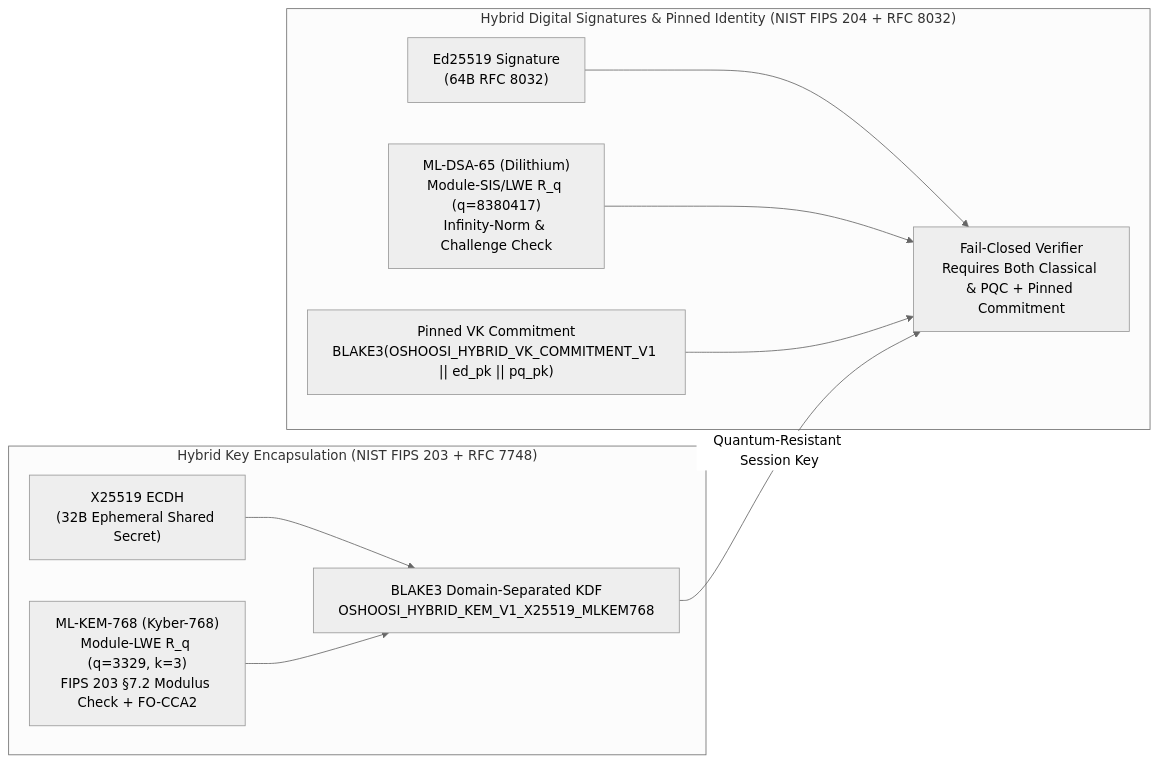
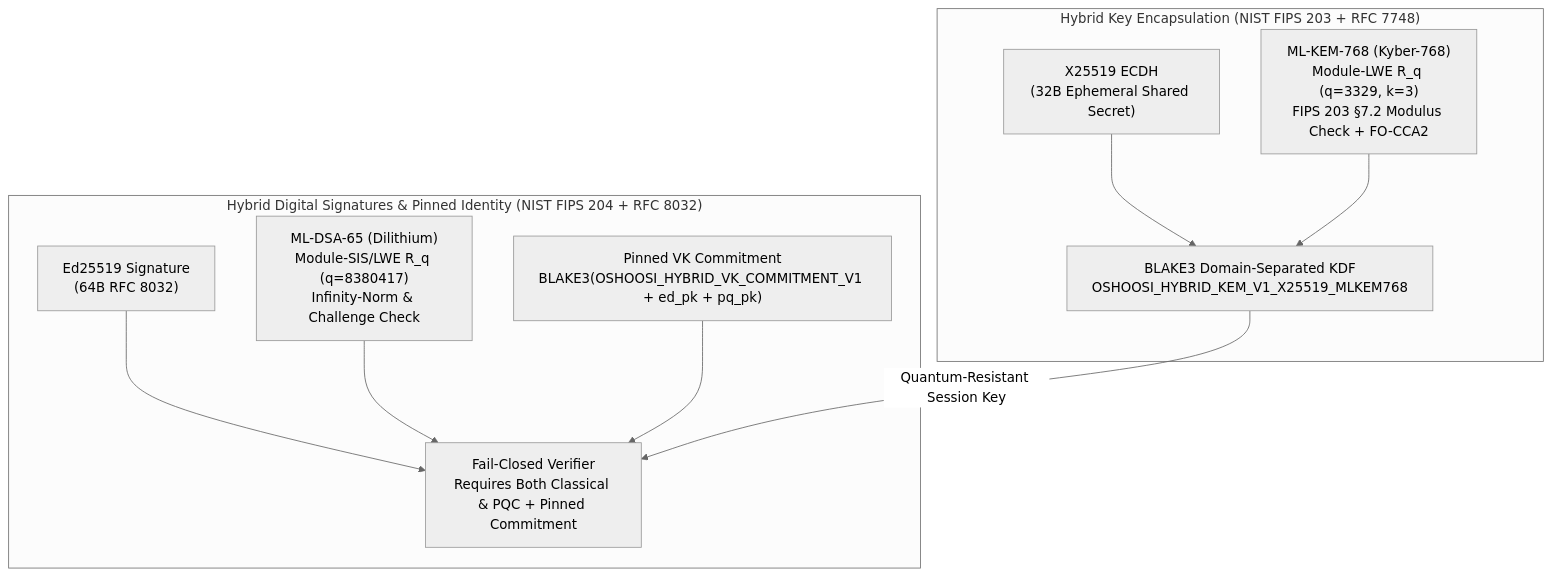
Before and after one commit to oyesanyf/OshoosiClaw: diagram 16 of 33 in README.md, drawn with Mermaid (neutral theme). The commit also changed other lines of this file and 40 other files, not shown here.

````diff
--- a/README.md
+++ b/README.md
@@ -1331,22 +1501,22 @@
 ```mermaid
-flowchart LR
+flowchart TD
     subgraph KEM["Hybrid Key Encapsulation (NIST FIPS 203 + RFC 7748)"]
         X25519["X25519 ECDH<br/>(32B Ephemeral Shared Secret)"]
         MLKEM["ML-KEM-768 (Kyber-768)<br/>Module-LWE R_q (q=3329, k=3)<br/>FIPS 203 §7.2 Modulus Check + FO-CCA2"]
         KDF["BLAKE3 Domain-Separated KDF<br/>OSHOOSI_HYBRID_KEM_V1_X25519_MLKEM768"]
         X25519 --> KDF
         MLKEM --> KDF
     end
 
     subgraph SIG["Hybrid Digital Signatures & Pinned Identity (NIST FIPS 204 + RFC 8032)"]
         ED["Ed25519 Signature<br/>(64B RFC 8032)"]
         MLDSA["ML-DSA-65 (Dilithium)<br/>Module-SIS/LWE R_q (q=8380417)<br/>Infinity-Norm & Challenge Check"]
-        PIN["Pinned VK Commitment<br/>BLAKE3(OSHOOSI_HYBRID_VK_COMMITMENT_V1 || ed_pk || pq_pk)"]
+        PIN["Pinned VK Commitment<br/>BLAKE3(OSHOOSI_HYBRID_VK_COMMITMENT_V1 + ed_pk + pq_pk)"]
         VER["Fail-Closed Verifier<br/>Requires Both Classical & PQC + Pinned Commitment"]
         ED --> VER
         MLDSA --> VER
         PIN --> VER
     end
 
     KDF -->|"Quantum-Resistant Session Key"| VER
 ```
````
